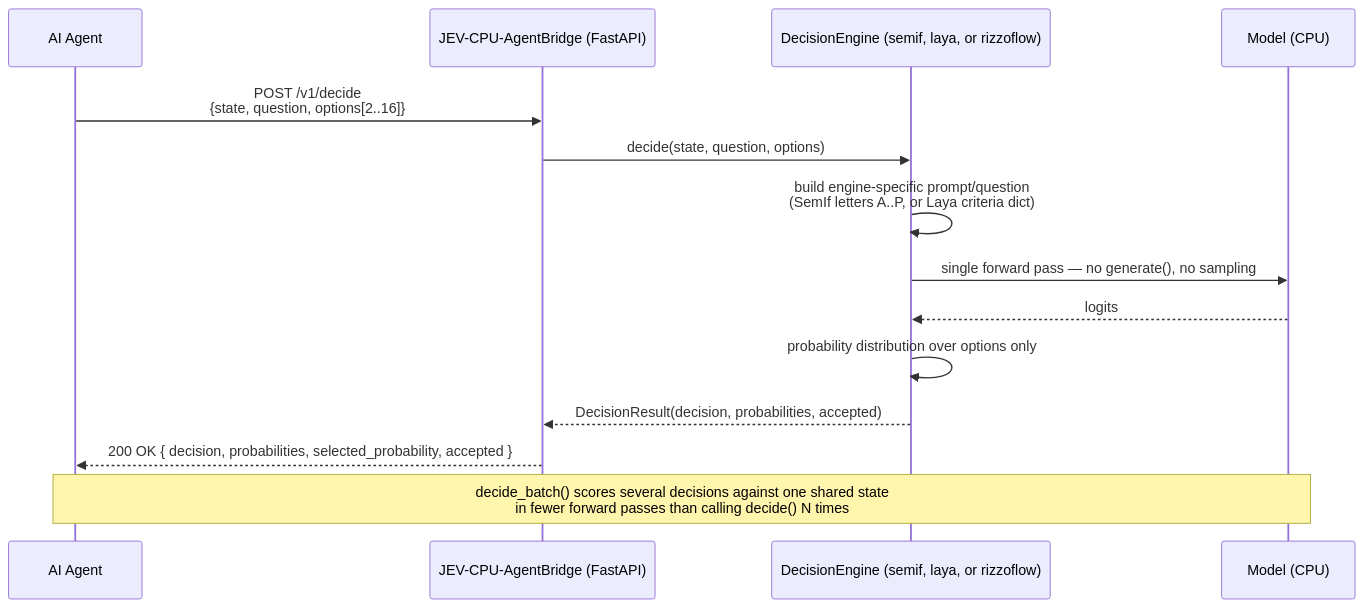
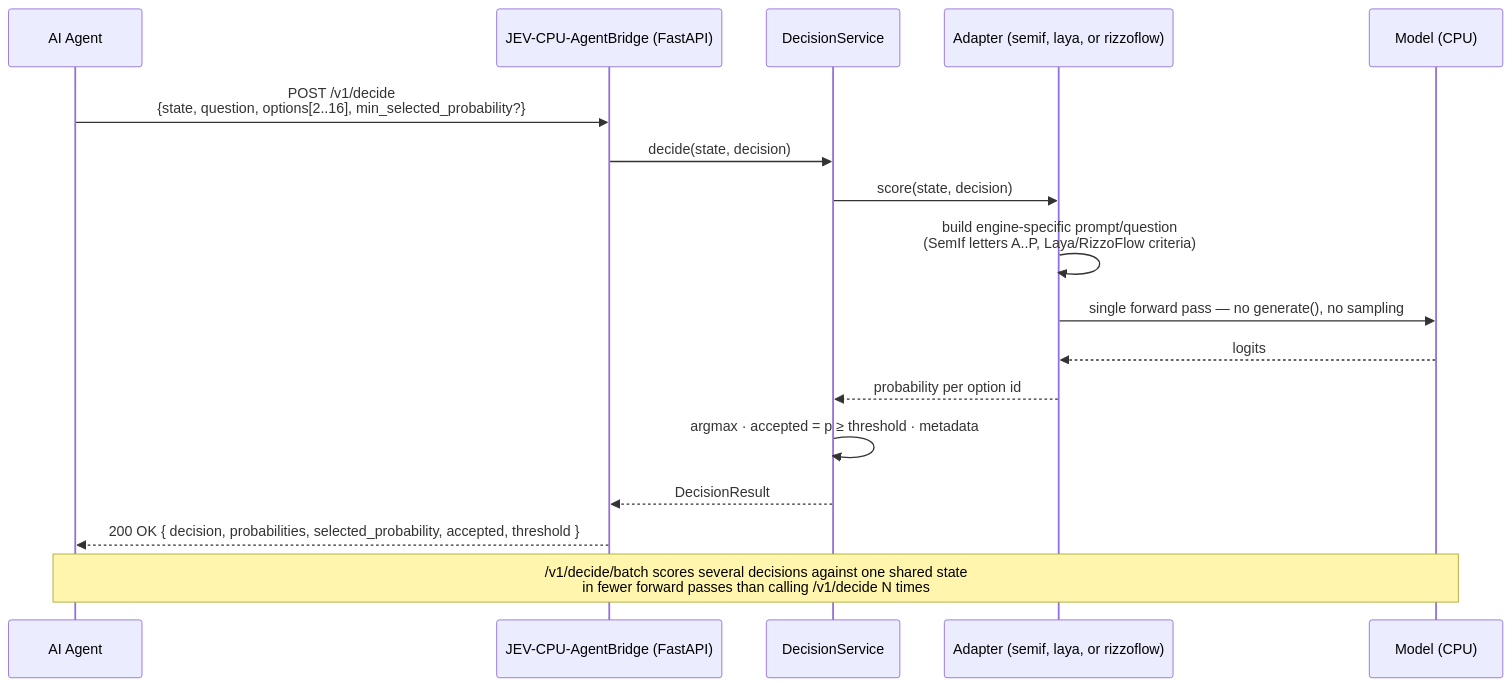
Before and after one commit to GiskardB/jev-agentbridge: the second of 2 diagrams in README.md, drawn with Mermaid. The commit also changed other lines of this file and 51 other files, not shown here.

````diff
--- a/README.md
+++ b/README.md
@@ -51,18 +64,21 @@
 ```mermaid
 sequenceDiagram
     participant Agent as AI Agent
     participant Bridge as JEV-CPU-AgentBridge (FastAPI)
-    participant Engine as DecisionEngine (semif, laya, or rizzoflow)
+    participant Service as DecisionService
+    participant Engine as Adapter (semif, laya, or rizzoflow)
     participant Model as Model (CPU)
 
-    Agent->>Bridge: POST /v1/decide<br/>{state, question, options[2..16]}
-    Bridge->>Engine: decide(state, question, options)
-    Engine->>Engine: build engine-specific prompt/question<br/>(SemIf letters A..P, or Laya criteria dict)
+    Agent->>Bridge: POST /v1/decide<br/>{state, question, options[2..16], min_selected_probability?}
+    Bridge->>Service: decide(state, decision)
+    Service->>Engine: score(state, decision)
+    Engine->>Engine: build engine-specific prompt/question<br/>(SemIf letters A..P, Laya/RizzoFlow criteria)
     Engine->>Model: single forward pass — no generate(), no sampling
     Model-->>Engine: logits
-    Engine->>Engine: probability distribution over options only
-    Engine-->>Bridge: DecisionResult(decision, probabilities, accepted)
-    Bridge-->>Agent: 200 OK { decision, probabilities, selected_probability, accepted }
+    Engine-->>Service: probability per option id
+    Service->>Service: argmax · accepted = p ≥ threshold · metadata
+    Service-->>Bridge: DecisionResult
+    Bridge-->>Agent: 200 OK { decision, probabilities, selected_probability, accepted, threshold }
 
-    Note over Agent,Model: decide_batch() scores several decisions against one shared state<br/>in fewer forward passes than calling decide() N times
+    Note over Agent,Model: /v1/decide/batch scores several decisions against one shared state<br/>in fewer forward passes than calling /v1/decide N times
 ```
````
